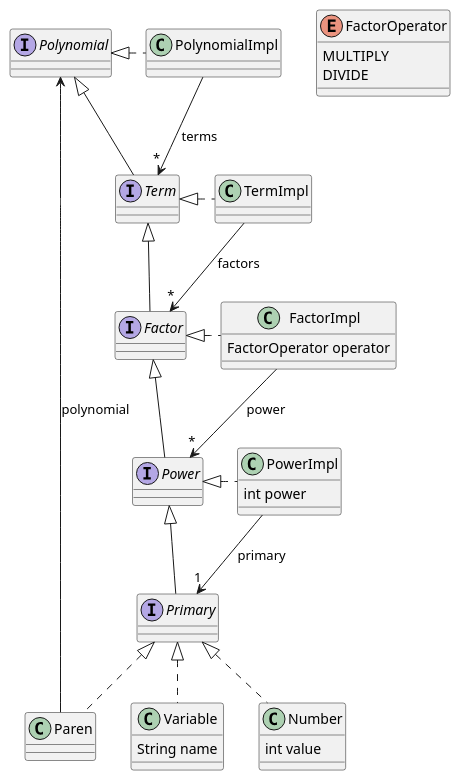
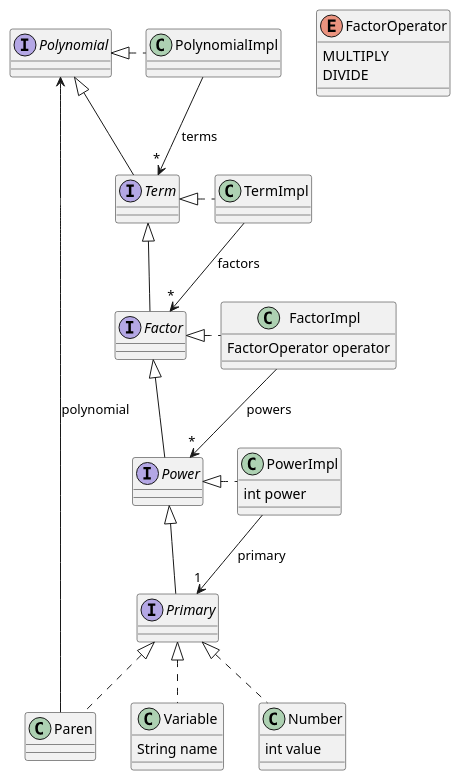
Before and after one commit to saka1029/form: the diagram in doc/classes.plantuml, drawn with PlantUML.

```diff
--- a/doc/classes.plantuml
+++ b/doc/classes.plantuml
@@ -1,42 +1,42 @@
 @startuml form
 enum FactorOperator {
     MULTIPLY
     DIVIDE
 }
 interface Polynomial
 class PolynomialImpl
 PolynomialImpl .left.|> Polynomial
 PolynomialImpl --> "*" Term : terms
 interface Term
 Term -|> Polynomial
 class TermImpl
 TermImpl .left.|> Term
 TermImpl --> "*" Factor : factors
 interface Factor
 Factor -|> Term
 class FactorImpl {
     FactorOperator operator
 }
 FactorImpl .left.|> Factor
-FactorImpl --> "*" Power : power
+FactorImpl --> "*" Power : powers
 interface Power
 Power -|> Factor
 class PowerImpl {
     int power
 }
 PowerImpl .left.|> Power
 PowerImpl --> "1" Primary : primary
 interface Primary
 Primary -|> Power
 class Variable {
     String name
 }
 Variable .up.|> Primary
 class Number {
     int value
 }
 Number .up.|> Primary
 class Paren
 Paren .up.|> Primary
 Paren -up-> Polynomial : polynomial
 @enduml
```
